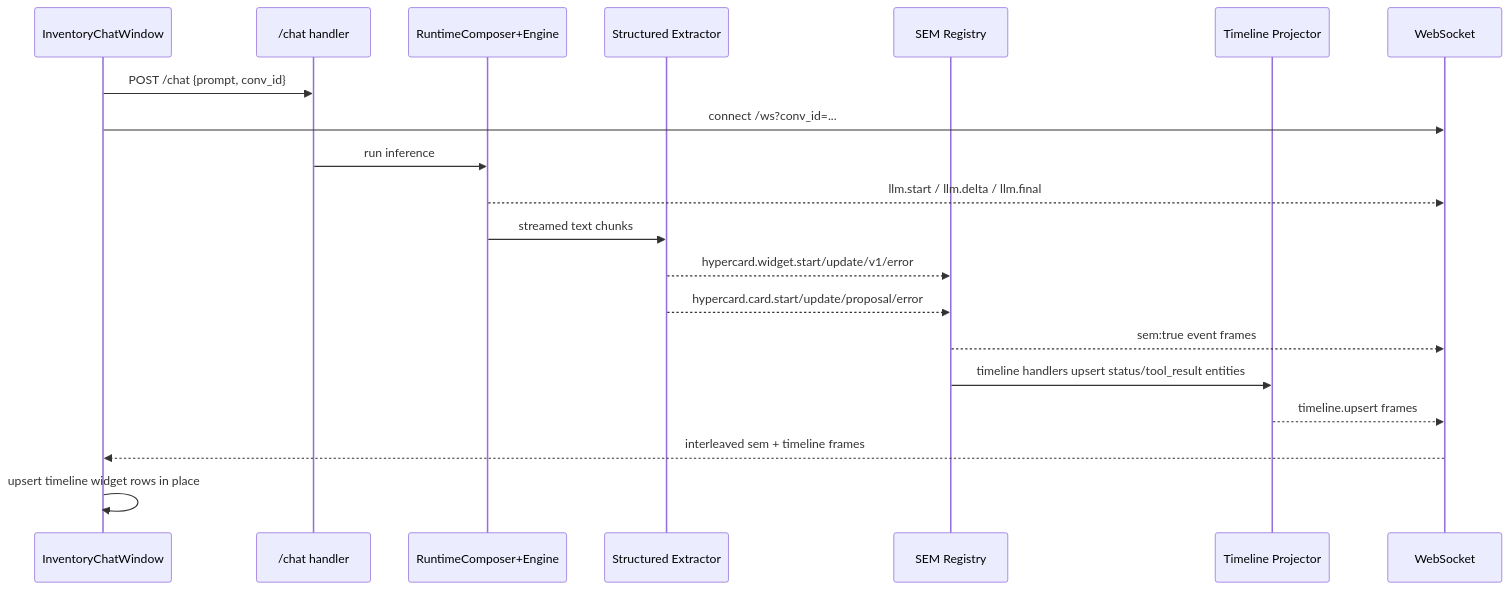
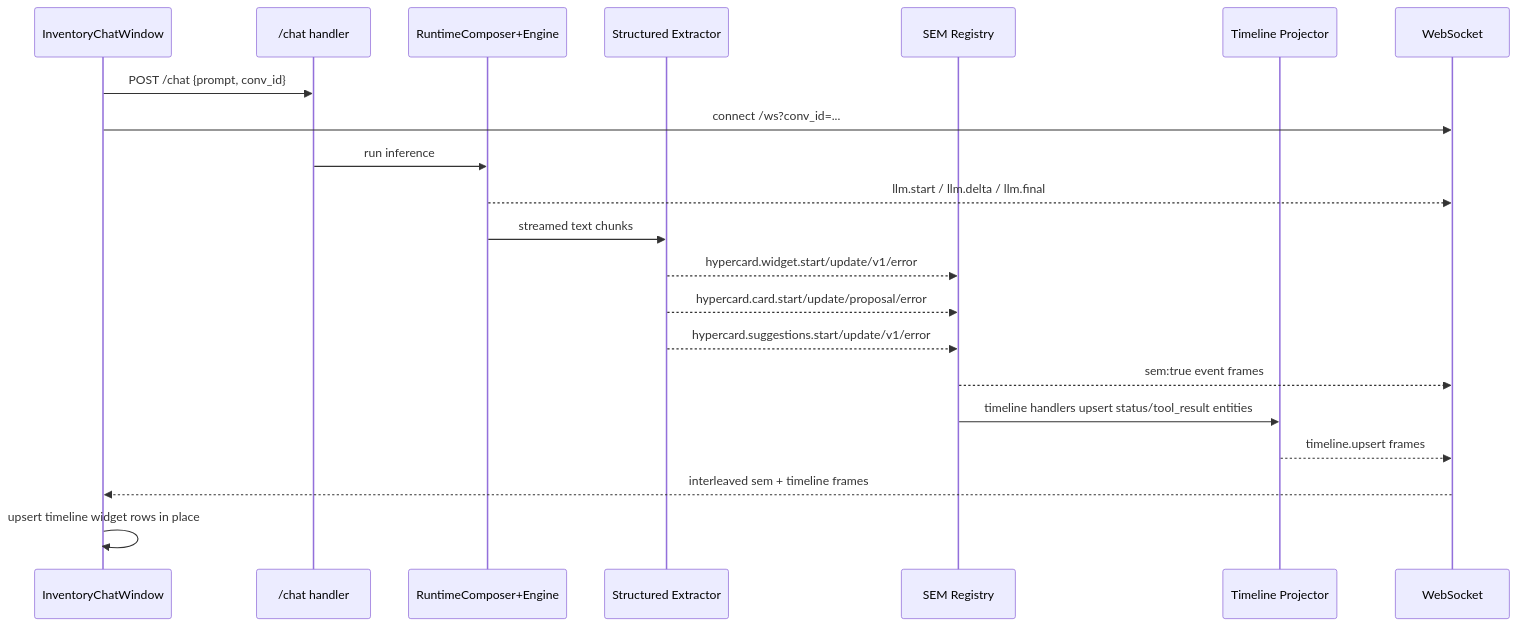
Before and after one commit to wesen/2026-02-12--hypercard-react: the second of 3 diagrams in ttmp/2026/02/16/HC-033-ADD-WEBCHAT-INTEGRATION--add-webchat-integration/design-doc/02-widget-timeline-event-integration-playbook.md, drawn with Mermaid. The commit also changed other lines of this file and 3 other files, not shown here.

Commit message:
Update HC-033 playbook and diary for suggestions event flow

````diff
--- a/ttmp/2026/02/16/HC-033-ADD-WEBCHAT-INTEGRATION--add-webchat-integration/design-doc/02-widget-timeline-event-integration-playbook.md
+++ b/ttmp/2026/02/16/HC-033-ADD-WEBCHAT-INTEGRATION--add-webchat-integration/design-doc/02-widget-timeline-event-integration-playbook.md
@@ -325,23 +345,24 @@
 ```mermaid
 sequenceDiagram
     participant UI as InventoryChatWindow
     participant CH as /chat handler
     participant ENG as RuntimeComposer+Engine
     participant EX as Structured Extractor
     participant SEM as SEM Registry
     participant TL as Timeline Projector
     participant WS as WebSocket
 
     UI->>CH: POST /chat {prompt, conv_id}
     UI->>WS: connect /ws?conv_id=...
     CH->>ENG: run inference
     ENG-->>WS: llm.start / llm.delta / llm.final
     ENG->>EX: streamed text chunks
     EX-->>SEM: hypercard.widget.start/update/v1/error
     EX-->>SEM: hypercard.card.start/update/proposal/error
+    EX-->>SEM: hypercard.suggestions.start/update/v1/error
     SEM-->>WS: sem:true event frames
     SEM->>TL: timeline handlers upsert status/tool_result entities
     TL-->>WS: timeline.upsert frames
     WS-->>UI: interleaved sem + timeline frames
     UI->>UI: upsert timeline widget rows in place
 ```
````
